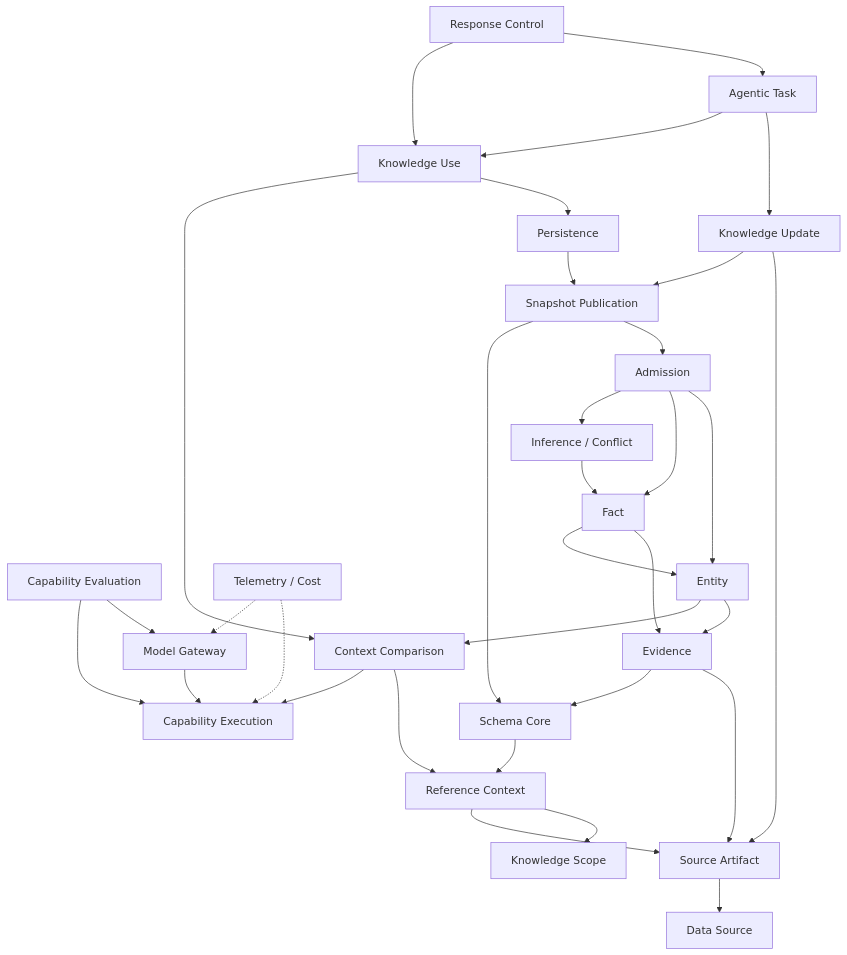
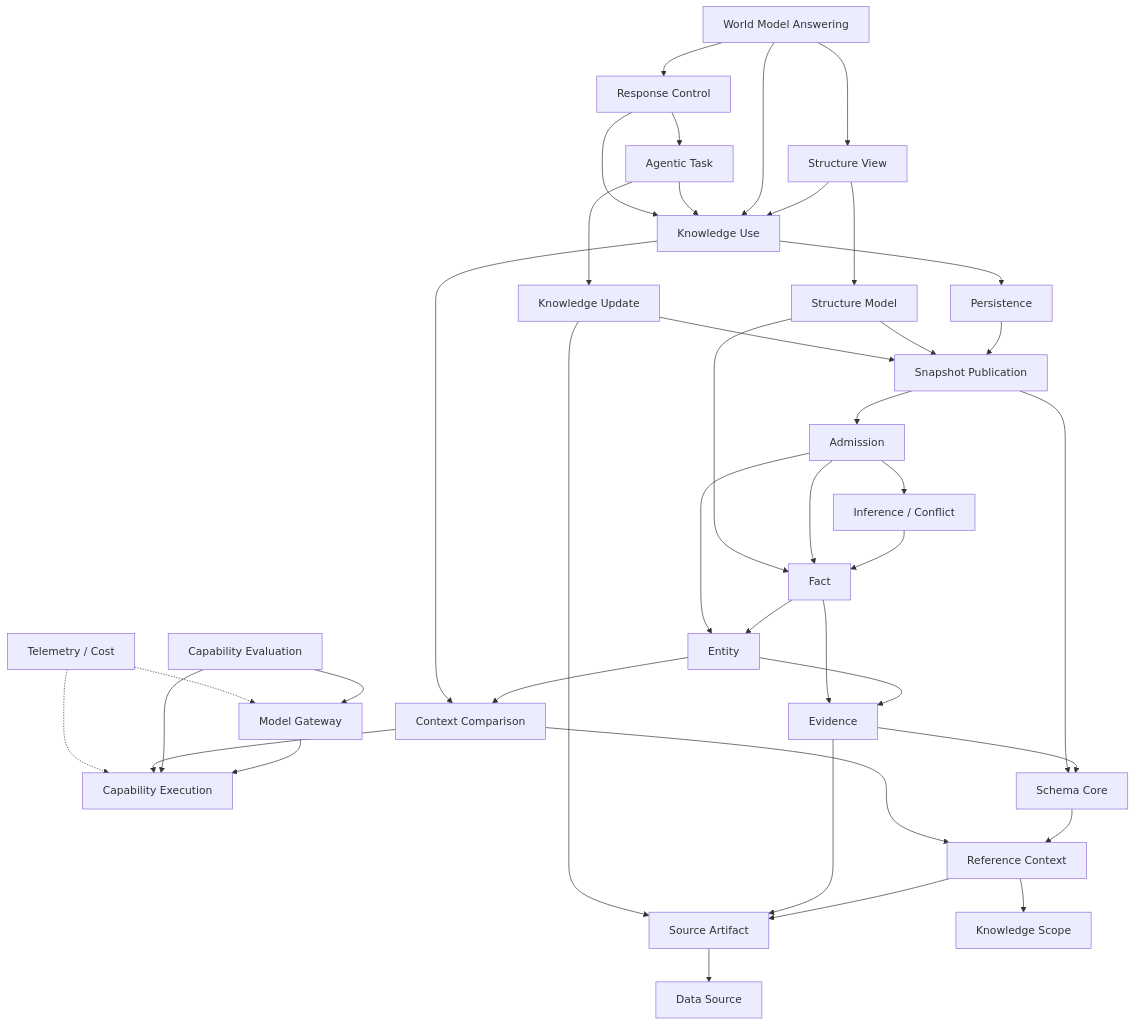
The diagram in docs/system/contracts/README.md (baitianxia/software-world-model), drawn with Mermaid before and after one commit. The commit also changed other lines of this file and 115 other files, not shown here.

Commit message:
docs: prepare structure world model iteration

````diff
--- a/docs/system/contracts/README.md
+++ b/docs/system/contracts/README.md
@@ -32,37 +32,44 @@
 ```mermaid
 flowchart TD
     MG["Model Gateway"] --> CE["Capability Execution"]
     EVL["Capability Evaluation"] --> MG
     EVL --> CE
 
     SA["Source Artifact"] --> DS["Data Source"]
     RCX["Reference Context"] --> KS["Knowledge Scope"]
     RCX --> SA
     SC["Schema Core"] --> RCX
     CMP["Context Comparison"] --> RCX
     CMP --> CE
     E["Evidence"] --> SA
     E --> SC
     EN["Entity"] --> E
     EN --> CMP
     F["Fact"] --> E
     F --> EN
     I["Inference / Conflict"] --> F
     AD["Admission"] --> EN
     AD --> F
     AD --> I
     SP["Snapshot Publication"] --> AD
     SP --> SC
     PS["Persistence"] --> SP
+    SM["Structure Model"] --> F
+    SM --> SP
 
     KU["Knowledge Update"] --> SA
     KU --> SP
     USE["Knowledge Use"] --> PS
     USE --> CMP
+    SV["Structure View"] --> SM
+    SV --> USE
+    WMA["World Model Answering"] --> SV
+    WMA --> USE
     AT["Agentic Task"] --> KU
     AT --> USE
     RESP["Response Control"] --> AT
     RESP --> USE
+    WMA --> RESP
     TEL["Telemetry / Cost"] -.-> CE
     TEL -.-> MG
 ```
````
